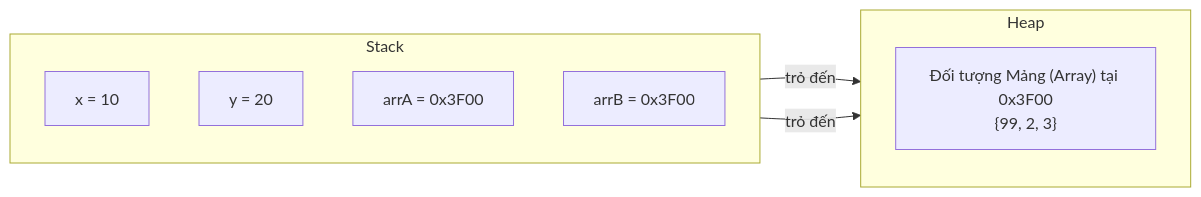
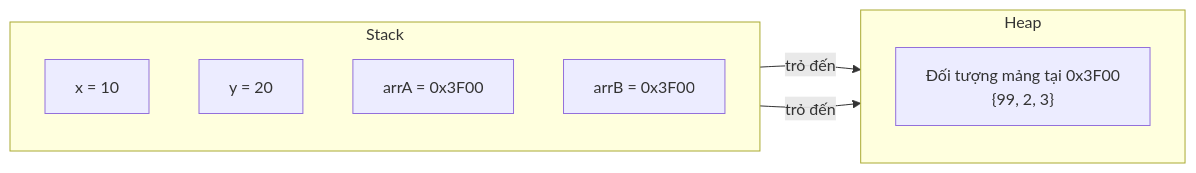
Before and after one commit to PhuThien2005/theoretical-of-java-core: the third of 4 diagrams in vi/03-data-types/theory/02-reference-types.md, drawn with Mermaid. The commit also changed other lines of this file and 229 other files, not shown here.

````diff
--- a/vi/03-data-types/theory/02-reference-types.md
+++ b/vi/03-data-types/theory/02-reference-types.md
@@ -177,18 +181,18 @@
 ```mermaid
 flowchart LR
     subgraph Stack
         direction TB
         X["x = 10"]
         Y["y = 20"]
         ARRA["arrA = 0x3F00"]
         ARRB["arrB = 0x3F00"]
     end
 
     subgraph Heap
         direction TB
-        ARR["Đối tượng Mảng (Array) tại 0x3F00\n{99, 2, 3}"]
+        ARR["Đối tượng mảng tại 0x3F00\n{99, 2, 3}"]
     end
 
     ARRA -->|"trỏ đến"| ARR
     ARRB -->|"trỏ đến"| ARR
 ```
````
